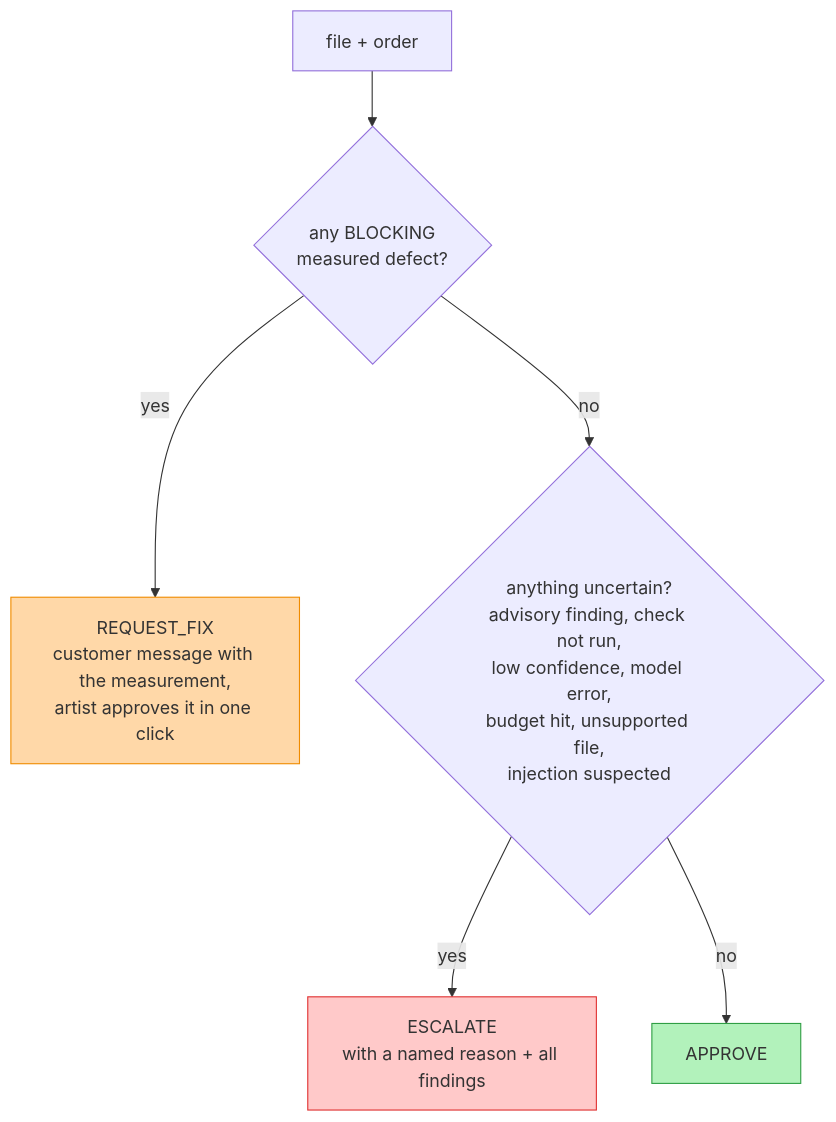
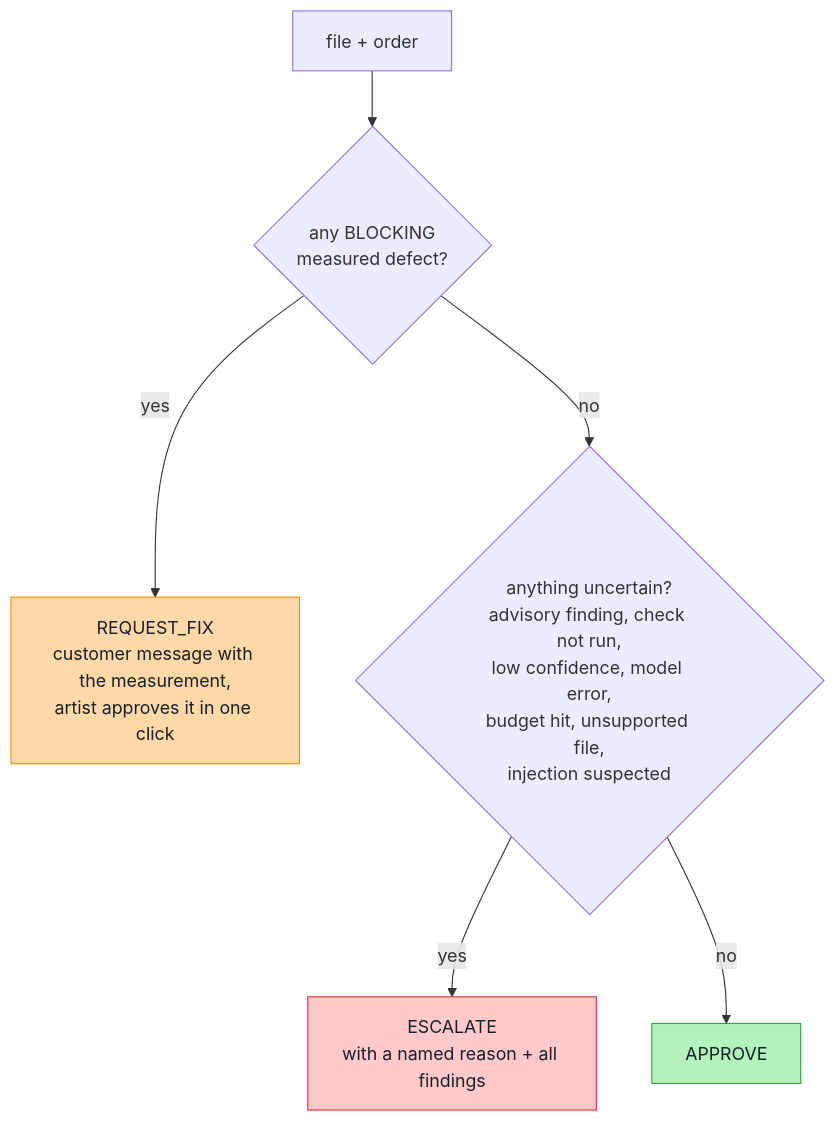
Before and after one commit to ashvolt/agents: the second of 16 diagrams in capstone/docs/learn.md, drawn with Mermaid. The commit also changed other lines of this file, not shown here.

First line of the commit message:
docs(learn): keep diagram text readable in dark mode

````diff
--- a/capstone/docs/learn.md
+++ b/capstone/docs/learn.md
@@ -177,11 +178,12 @@
 ```mermaid
+%%{init: {"theme": "default"}}%%
 flowchart TD
     F[file + order] --> Q{any BLOCKING<br/>measured defect?}
     Q -- yes --> RF["REQUEST_FIX<br/>customer message with the measurement,<br/>artist approves it in one click"]
     Q -- no --> U{anything uncertain?<br/>advisory finding, check not run,<br/>low confidence, model error,<br/>budget hit, unsupported file,<br/>injection suspected}
     U -- yes --> ES["ESCALATE<br/>with a named reason + all findings"]
     U -- no --> AP[APPROVE]
-    style AP fill:#b2f2bb,stroke:#2f9e44
-    style RF fill:#ffd8a8,stroke:#f08c00
-    style ES fill:#ffc9c9,stroke:#e03131
+    style AP fill:#b2f2bb,stroke:#2f9e44,color:#17202B
+    style RF fill:#ffd8a8,stroke:#f08c00,color:#17202B
+    style ES fill:#ffc9c9,stroke:#e03131,color:#17202B
 ```
````
